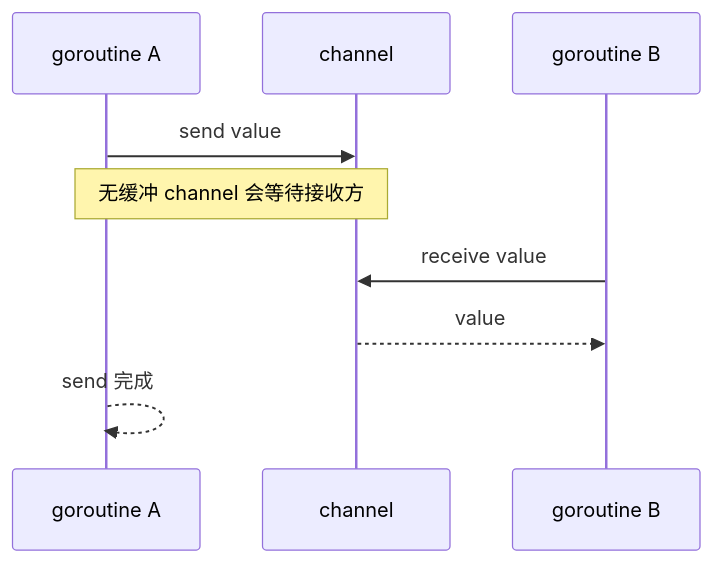
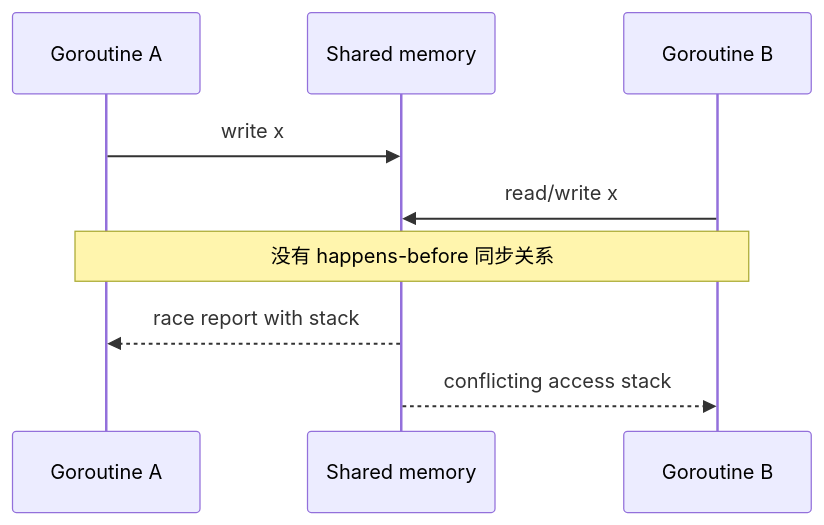
Before and after one commit to yokry-he/yok-study-web: diagram 17 of 26 in docs/go/visual-guide.md, drawn with Mermaid. The commit also changed other lines of this file and 277 other files, not shown here.

````diff
--- a/docs/go/visual-guide.md
+++ b/docs/go/visual-guide.md
@@ -118,12 +414,11 @@
 ```mermaid
 sequenceDiagram
-  participant G1 as goroutine A
-  participant CH as channel
-  participant G2 as goroutine B
-
-  G1->>CH: send value
-  Note over G1,CH: 无缓冲 channel 会等待接收方
-  G2->>CH: receive value
-  CH-->>G2: value
-  G1-->>G1: send 完成
+  participant G1 as Goroutine A
+  participant M as Shared memory
+  participant G2 as Goroutine B
+  G1->>M: write x
+  G2->>M: read/write x
+  Note over G1,G2: 没有 happens-before 同步关系
+  M-->>G1: race report with stack
+  M-->>G2: conflicting access stack
 ```
````
